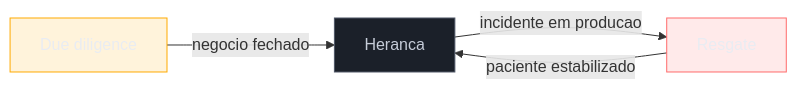
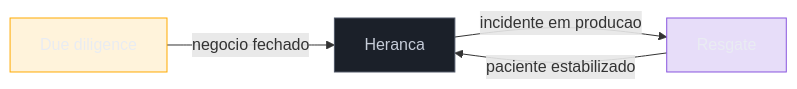
The second of 2 diagrams in 03-Dominios/Engenharia/Arqueologia e Restauração de Software/28 - Capstone - Assumindo um sistema legado do zero.md (josenaldo/codex-technomanticus), drawn with Mermaid before and after one commit. The commit also changed other lines of this file and 601 other files, not shown here.

````diff
--- a/03-Dominios/Engenharia/Arqueologia e Restauração de Software/28 - Capstone - Assumindo um sistema legado do zero.md
+++ b/03-Dominios/Engenharia/Arqueologia e Restauração de Software/28 - Capstone - Assumindo um sistema legado do zero.md
@@ -71,12 +71,12 @@
 ```mermaid
 graph LR
+    classDef marca fill:#8855DF33,stroke:#8855DF,color:#E9ECF2
     classDef destaque fill:#FFAA0024,stroke:#FFAA00,color:#E9ECF2
     classDef neutro fill:#1B2029,stroke:#4E5666,color:#C6CCD8
-    classDef falha fill:#FF6B6B24,stroke:#FF6B6B,color:#E9ECF2
     DD[Due diligence] -->|negocio fechado| HE[Heranca]
     HE -->|incidente em producao| RE[Resgate]
     RE -->|paciente estabilizado| HE
     class DD destaque
     class HE neutro
-    class RE falha
+    class RE marca
 ```
````
